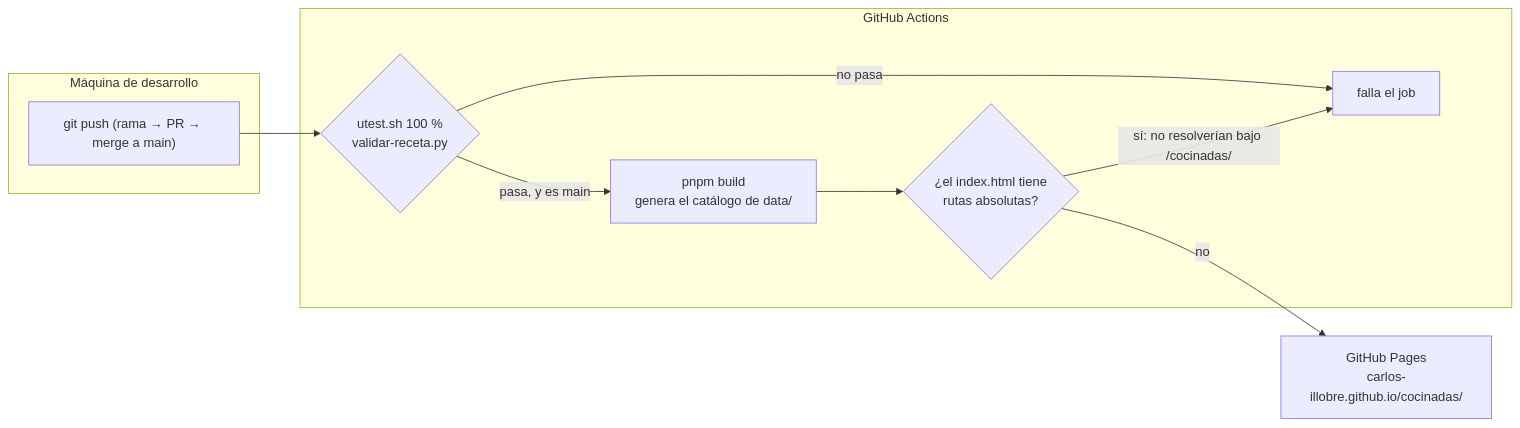
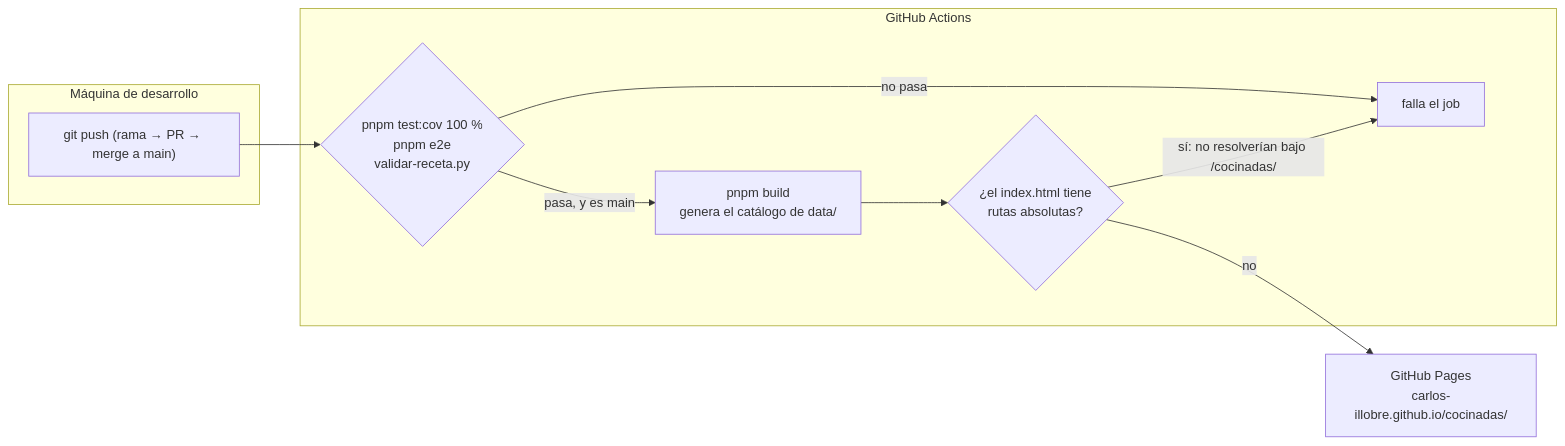
Before and after one commit to carlos-illobre/cocinadas: the diagram in docs/diagrams/despliegue.mmd, drawn with Mermaid. The commit also changed 8 other files, not shown here.

```diff
--- a/docs/diagrams/despliegue.mmd
+++ b/docs/diagrams/despliegue.mmd
@@ -1,17 +1,17 @@
 flowchart LR
   subgraph dev["Máquina de desarrollo"]
     push["git push (rama → PR → merge a main)"]
   end
   subgraph gh["GitHub Actions"]
-    pruebas{"utest.sh 100 %<br/>validar-receta.py"}
+    pruebas{"pnpm test:cov 100 %<br/>pnpm e2e<br/>validar-receta.py"}
     build["pnpm build<br/>genera el catálogo de data/"]
     guarda{"¿el index.html tiene<br/>rutas absolutas?"}
     falla["falla el job"]
   end
   pages["GitHub Pages<br/>carlos-illobre.github.io/cocinadas/"]
   push --> pruebas
   pruebas -- "no pasa" --> falla
   pruebas -- "pasa, y es main" --> build
   build --> guarda
   guarda -- "sí: no resolverían bajo /cocinadas/" --> falla
   guarda -- "no" --> pages
```
